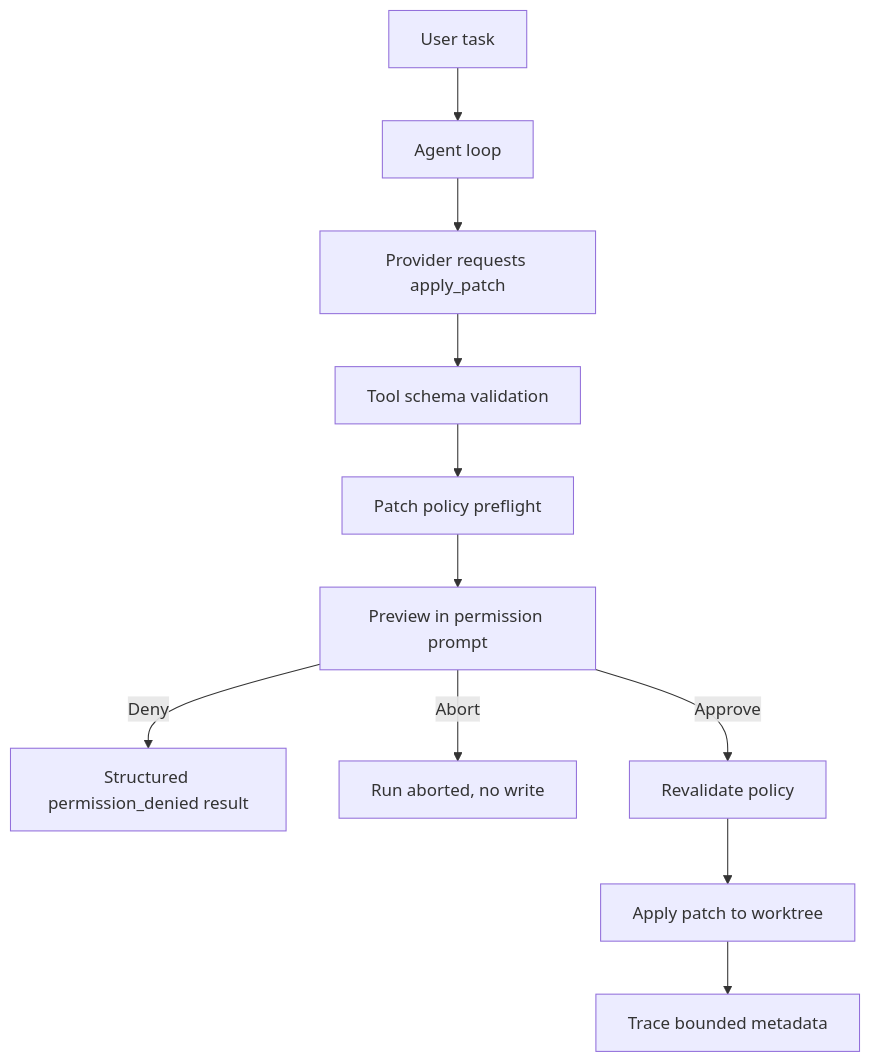
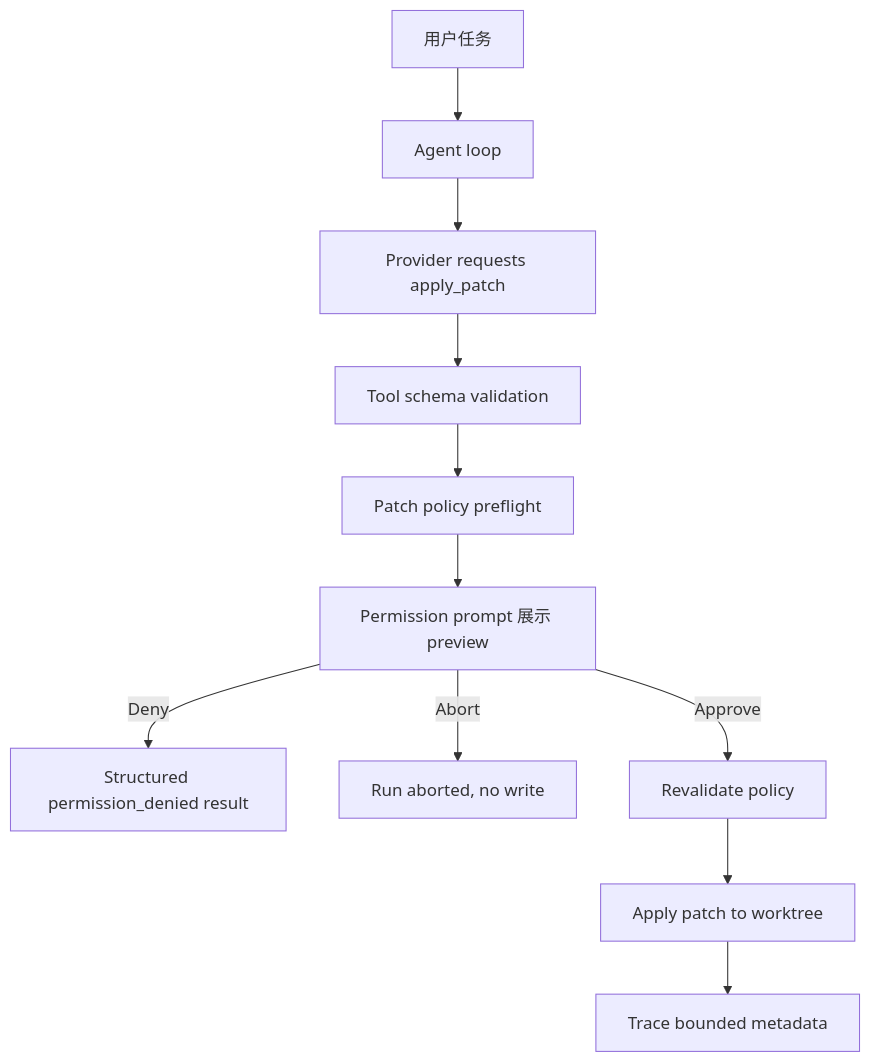
One commit to JasonxzWen/code-agent-harness changed the diagram in docs/releases/v0.2.0.md. Above: the diagram before and after it, drawn with Mermaid. The commit also changed other lines of this file and 88 other files, not shown here.

````diff
--- a/docs/releases/v0.2.0.md
+++ b/docs/releases/v0.2.0.md
@@ -30,13 +30,13 @@
 ```mermaid
 flowchart TD
-  A["User task"] --> B["Agent loop"]
+  A["用户任务"] --> B["Agent loop"]
   B --> C["Provider requests apply_patch"]
   C --> D["Tool schema validation"]
   D --> E["Patch policy preflight"]
-  E --> F["Preview in permission prompt"]
+  E --> F["Permission prompt 展示 preview"]
   F -->|Deny| G["Structured permission_denied result"]
   F -->|Abort| H["Run aborted, no write"]
   F -->|Approve| I["Revalidate policy"]
   I --> J["Apply patch to worktree"]
   J --> K["Trace bounded metadata"]
 ```
````
